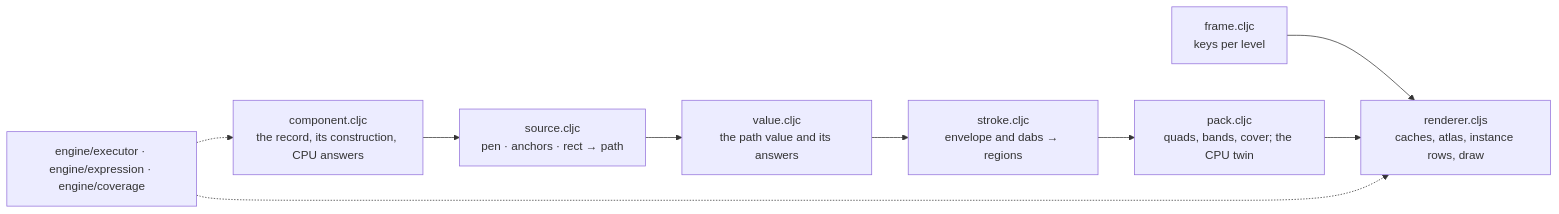
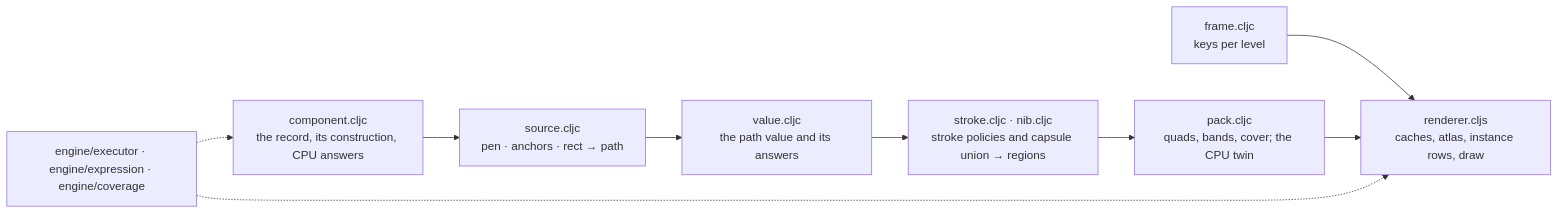
One commit to sid597/Softland changed the diagram in src/app/client/path/README.md. Above: the diagram before and after it, drawn with Mermaid. The commit also changed other lines of this file and 14 other files, not shown here.

````diff
--- a/src/app/client/path/README.md
+++ b/src/app/client/path/README.md
@@ -7,10 +7,10 @@
 ```mermaid
 flowchart LR
     R["component.cljc<br/>the record, its construction, CPU answers"] --> S["source.cljc<br/>pen · anchors · rect → path"]
     S --> V["value.cljc<br/>the path value and its answers"]
-    V --> K["stroke.cljc<br/>envelope and dabs → regions"]
+    V --> K["stroke.cljc · nib.cljc<br/>stroke policies and capsule union → regions"]
     K --> P["pack.cljc<br/>quads, bands, cover; the CPU twin"]
     F["frame.cljc<br/>keys per level"] --> N
     P --> N["renderer.cljs<br/>caches, atlas, instance rows, draw"]
     E["engine/executor · engine/expression · engine/coverage"] -.-> R & N
 ```
````
